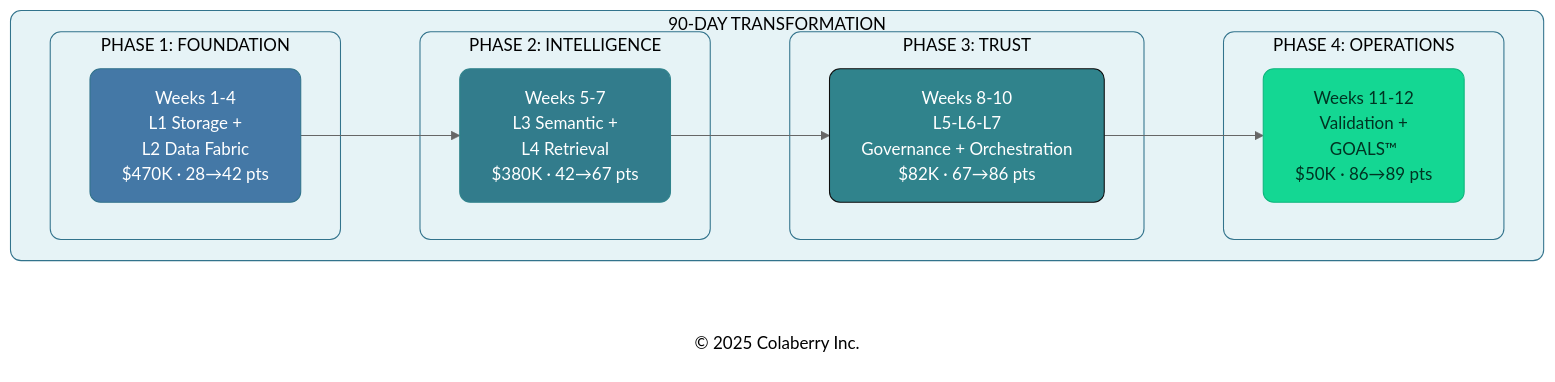
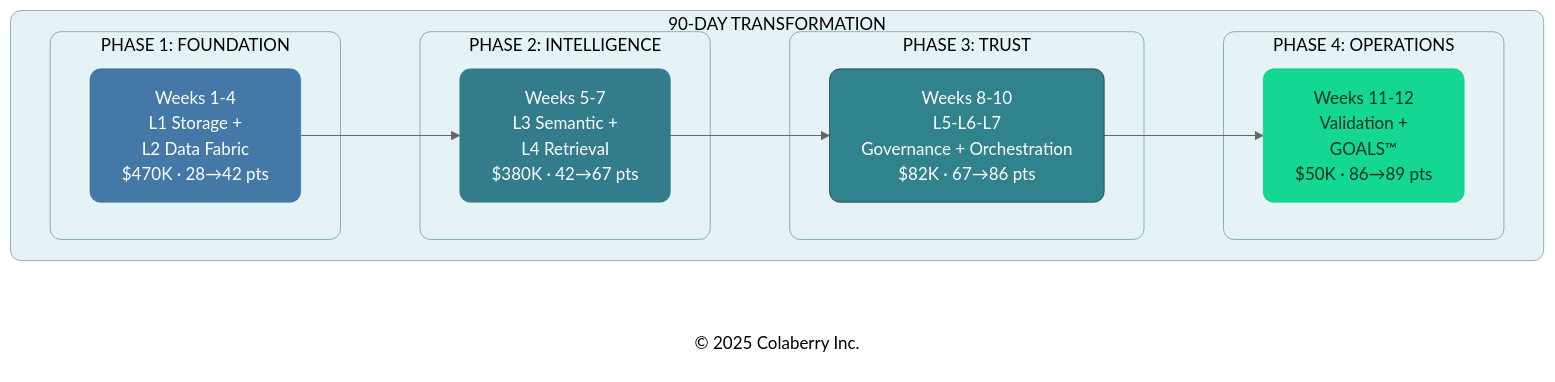
One commit to saitejesh-cyber/trust-before-intelligence-book changed the second of 7 diagrams in manuscript/11_chapter_10_week_by_week_implementation.md. Above: the diagram before and after it, drawn with Mermaid (neutral theme). The commit also changed other lines of this file and 12 other files, not shown here.

Commit message:
Update stroke width to 0.5px instead of 1px to all the diagrams

````diff
--- a/manuscript/11_chapter_10_week_by_week_implementation.md
+++ b/manuscript/11_chapter_10_week_by_week_implementation.md
@@ -95,38 +95,38 @@
 ```mermaid
 
 graph LR
     subgraph JOURNEY["90-DAY TRANSFORMATION"]
         direction LR
         subgraph PHASE1["PHASE 1: FOUNDATION"]
             P1["Weeks 1-4<br/>L1 Storage +<br/> L2 Data Fabric<br/>$470K · 28→42 pts"]
         end
         
         subgraph PHASE2["PHASE 2: INTELLIGENCE"]
             P2["Weeks 5-7<br/>L3 Semantic +<br/> L4 Retrieval<br/>$380K · 42→67 pts"]
         end
         
         subgraph PHASE3["PHASE 3: TRUST"]
             P3["Weeks 8-10<br/>L5-L6-L7<br/>Governance + Orchestration<br/>$82K · 67→86 pts"]
         end
         
         subgraph PHASE4["PHASE 4: OPERATIONS"]
             P4["Weeks 11-12<br/>Validation +<br/> GOALS™<br/>$50K · 86→89 pts"]
         end
     end
     
     Copyright["© 2025 Colaberry Inc."]
     
     P1 --> P2 --> P3 --> P4
     
-    style JOURNEY fill:#E6F3F6,stroke:#32738C,stroke-width:1px,color:#000000,rx:10,ry:10
-    style PHASE1 fill:#E6F3F6,stroke:#32738C,stroke-width:1px,color:#000000,rx:10,ry:10
-    style PHASE2 fill:#E6F3F6,stroke:#32738C,stroke-width:1px,color:#000000,rx:10,ry:10
-    style PHASE3 fill:#E6F3F6,stroke:#32738C,stroke-width:1px,color:#000000,rx:10,ry:10
-    style PHASE4 fill:#E6F3F6,stroke:#32738C,stroke-width:1px,color:#000000,rx:10,ry:10
-    style P1 fill:#4478A6,stroke:#32738C,stroke-width:1px,color:#ffffff,rx:10,ry:10
-    style P2 fill:#327C8C,stroke:#30838C,stroke-width:1px,color:#ffffff,rx:10,ry:10
-    style P3 fill:#30838C,stroke:#0D0D0D,stroke-width:1px,color:#ffffff,rx:10,ry:10
-    style P4 fill:#14D793,stroke:#0FB67D,stroke-width:1px,color:#003322,rx:10,ry:10
+    style JOURNEY fill:#E6F3F6,stroke:#32738C,stroke-width:0.5px,color:#000000,rx:10,ry:10
+    style PHASE1 fill:#E6F3F6,stroke:#32738C,stroke-width:0.5px,color:#000000,rx:10,ry:10
+    style PHASE2 fill:#E6F3F6,stroke:#32738C,stroke-width:0.5px,color:#000000,rx:10,ry:10
+    style PHASE3 fill:#E6F3F6,stroke:#32738C,stroke-width:0.5px,color:#000000,rx:10,ry:10
+    style PHASE4 fill:#E6F3F6,stroke:#32738C,stroke-width:0.5px,color:#000000,rx:10,ry:10
+    style P1 fill:#4478A6,stroke:#32738C,stroke-width:0.5px,color:#ffffff,rx:10,ry:10
+    style P2 fill:#327C8C,stroke:#30838C,stroke-width:0.5px,color:#ffffff,rx:10,ry:10
+    style P3 fill:#30838C,stroke:#0D0D0D,stroke-width:0.5px,color:#ffffff,rx:10,ry:10
+    style P4 fill:#14D793,stroke:#0FB67D,stroke-width:0.5px,color:#003322,rx:10,ry:10
     style Copyright fill:none,stroke:none,color:#000000
 
 ```
````
